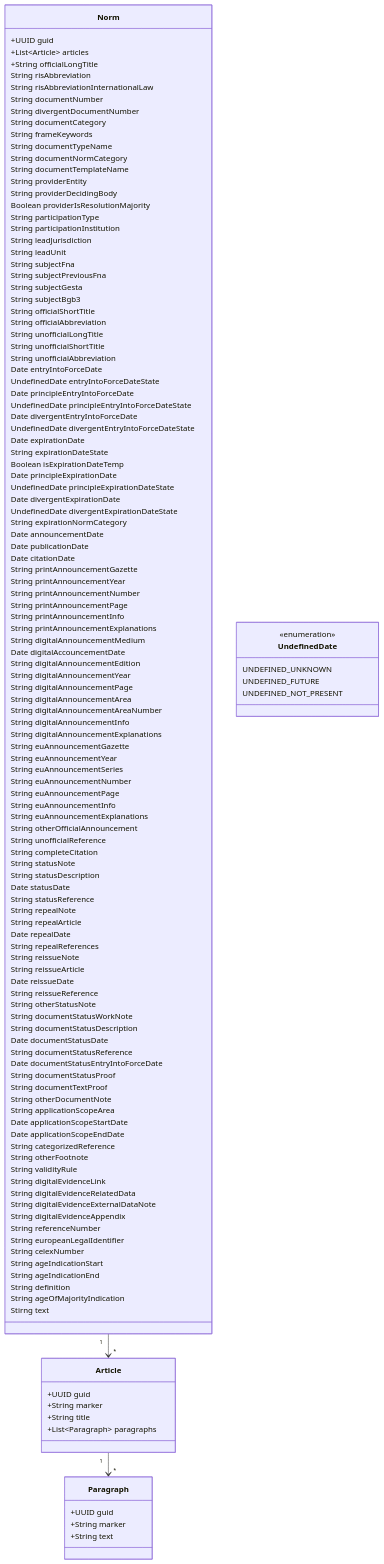
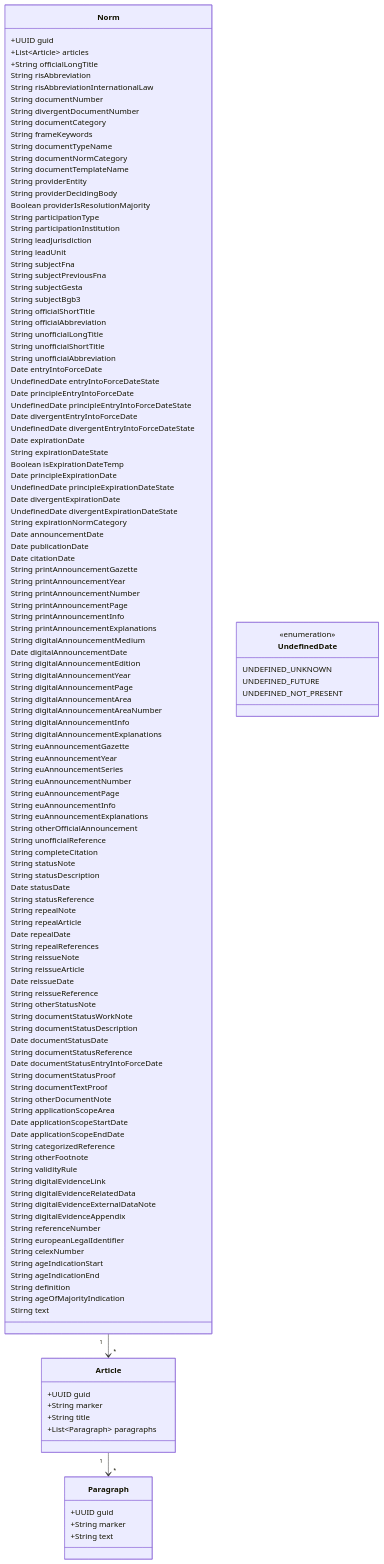
The diagram in doc/norms/domain-model.md (digitalservicebund/ris-backend-service), drawn with Mermaid before and after one commit. The commit also changed 9 other files, not shown here.

Commit message:
Fix typo in digitalAnnouncementDate

```diff
--- a/doc/norms/domain-model.md
+++ b/doc/norms/domain-model.md
@@ -67,7 +67,7 @@
     String printAnnouncementInfo
     String printAnnouncementExplanations
     String digitalAnnouncementMedium
-    Date digitalAccouncementDate
+    Date digitalAnnouncementDate
     String digitalAnnouncementEdition
     String digitalAnnouncementYear
     String digitalAnnouncementPage
```
